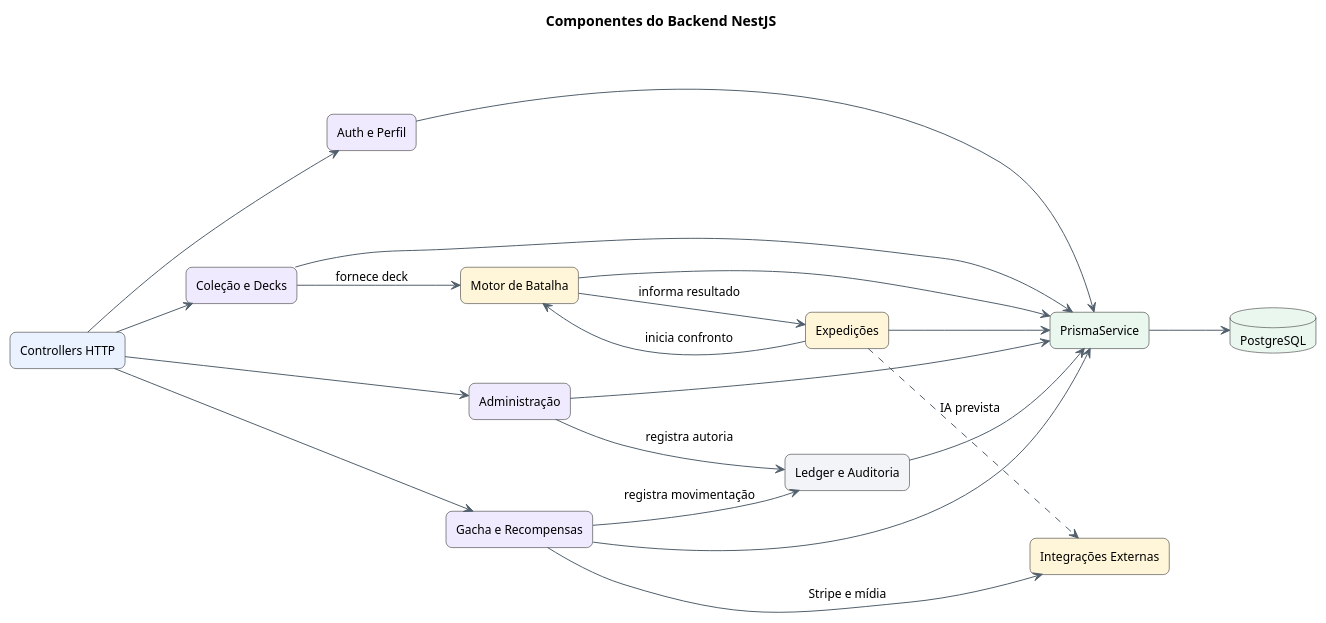
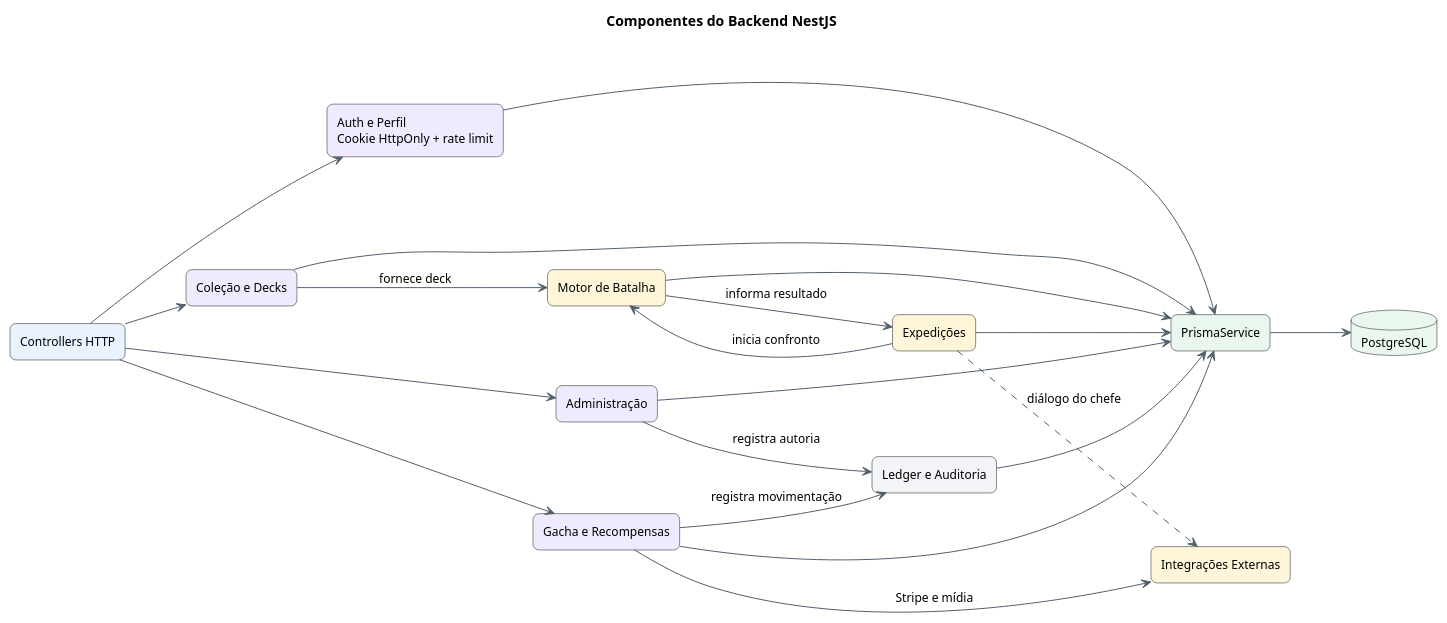
The diagram in documentacao/diagramas/06-componentes-backend.puml (skoolag3/plataforma-web-rpg), drawn with PlantUML before and after one commit. The commit also changed 107 other files, not shown here.

```diff
--- a/documentacao/diagramas/06-componentes-backend.puml
+++ b/documentacao/diagramas/06-componentes-backend.puml
@@ -1,43 +1,43 @@
 @startuml
 title Componentes do Backend NestJS
 left to right direction
 skinparam backgroundColor #FFFFFF
 skinparam shadowing false
 skinparam roundcorner 12
 skinparam defaultFontName Arial
 skinparam defaultFontSize 12
 skinparam ArrowColor #52606D
 skinparam componentStyle rectangle
 
 component "Controllers HTTP" as controllers #EAF2FF
-component "Auth e Perfil" as auth #F0EAFE
+component "Auth e Perfil\nCookie HttpOnly + rate limit" as auth #F0EAFE
 component "Coleção e Decks" as colecao #F0EAFE
 component "Gacha e Recompensas" as gacha #F0EAFE
 component "Administração" as admin #F0EAFE
 component "Motor de Batalha" as batalha #FFF6D9
 component "Expedições" as expedicao #FFF6D9
 component "Integrações Externas" as integracoes #FFF6D9
 component "Ledger e Auditoria" as auditoria #F2F4F7
 component "PrismaService" as prisma #EAF7EF
 database "PostgreSQL" as banco #EAF7EF
 
 controllers --> auth
 controllers --> colecao
 controllers --> gacha
 controllers --> admin
 colecao --> batalha : fornece deck
 expedicao --> batalha : inicia confronto
 batalha --> expedicao : informa resultado
 gacha --> auditoria : registra movimentação
 admin --> auditoria : registra autoria
 auth --> prisma
 colecao --> prisma
 gacha --> prisma
 admin --> prisma
 batalha --> prisma
 expedicao --> prisma
 auditoria --> prisma
 prisma --> banco
-expedicao ..> integracoes : IA prevista
+expedicao ..> integracoes : diálogo do chefe
 gacha --> integracoes : Stripe e mídia
 @enduml
```
